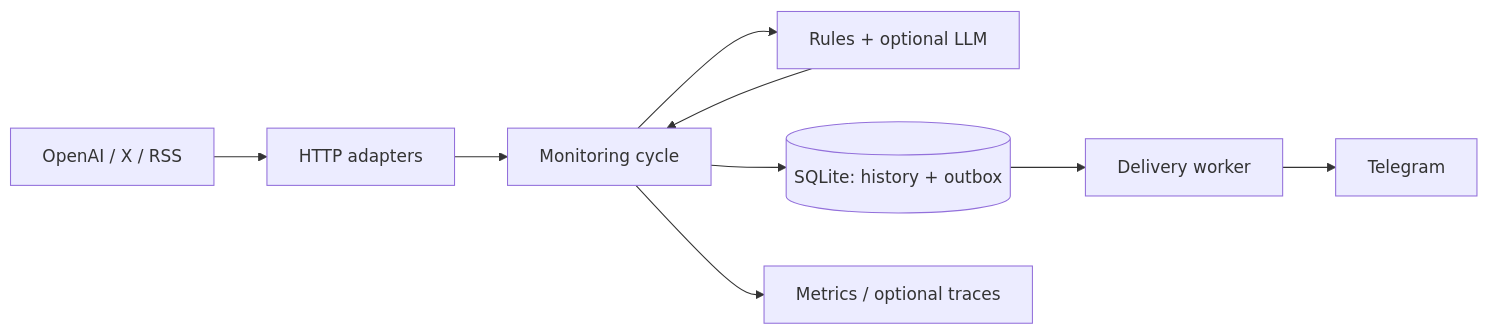
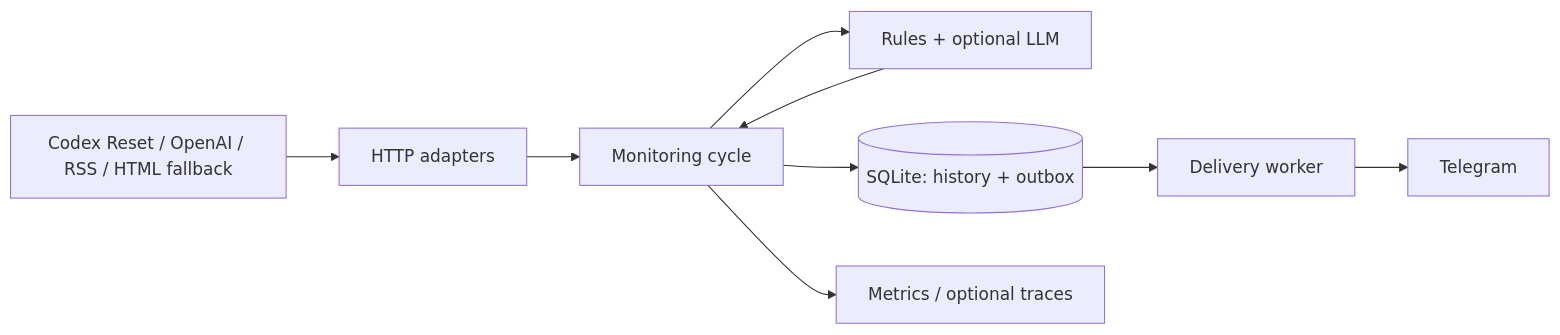
The diagram in README.md (golosoman/codex-reset-watcher), drawn with Mermaid before and after one commit. The commit also changed other lines of this file and 37 other files, not shown here.

````diff
--- a/README.md
+++ b/README.md
@@ -32,11 +45,11 @@
 ```mermaid
 flowchart LR
-    Sources["OpenAI / X / RSS"] --> Adapters["HTTP adapters"]
+    Sources["Codex Reset / OpenAI / RSS / HTML fallback"] --> Adapters["HTTP adapters"]
     Adapters --> Monitor["Monitoring cycle"]
     Monitor --> Rules["Rules + optional LLM"]
     Rules --> Monitor
     Monitor --> DB[("SQLite: history + outbox")]
     DB --> Delivery["Delivery worker"]
     Delivery --> Telegram["Telegram"]
     Monitor --> Metrics["Metrics / optional traces"]
 ```
````
